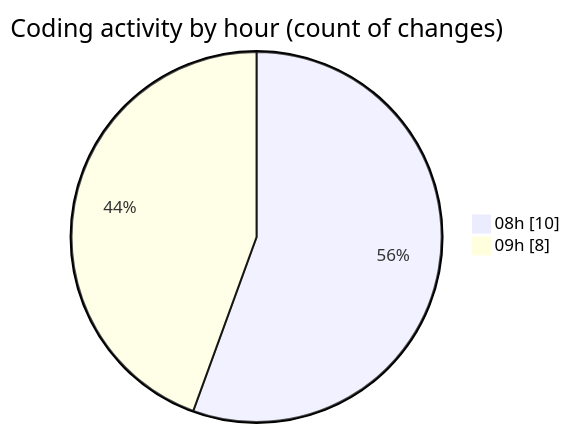
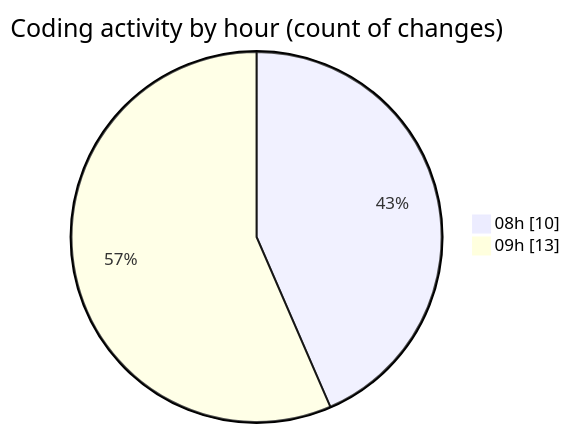
The second of 2 diagrams in 2025-01-07/nueva_carpeta/README.md (LanceThiago/code-tracking), drawn with Mermaid before and after one commit. The commit also changed other lines of this file and 1 other file, not shown here.

````diff
--- a/2025-01-07/nueva_carpeta/README.md
+++ b/2025-01-07/nueva_carpeta/README.md
@@ -28,6 +28,6 @@
 ```mermaid
 pie showData
 title Coding activity by hour (count of changes)
 "08h" : 10
-"09h" : 8
+"09h" : 13
 ```
````
